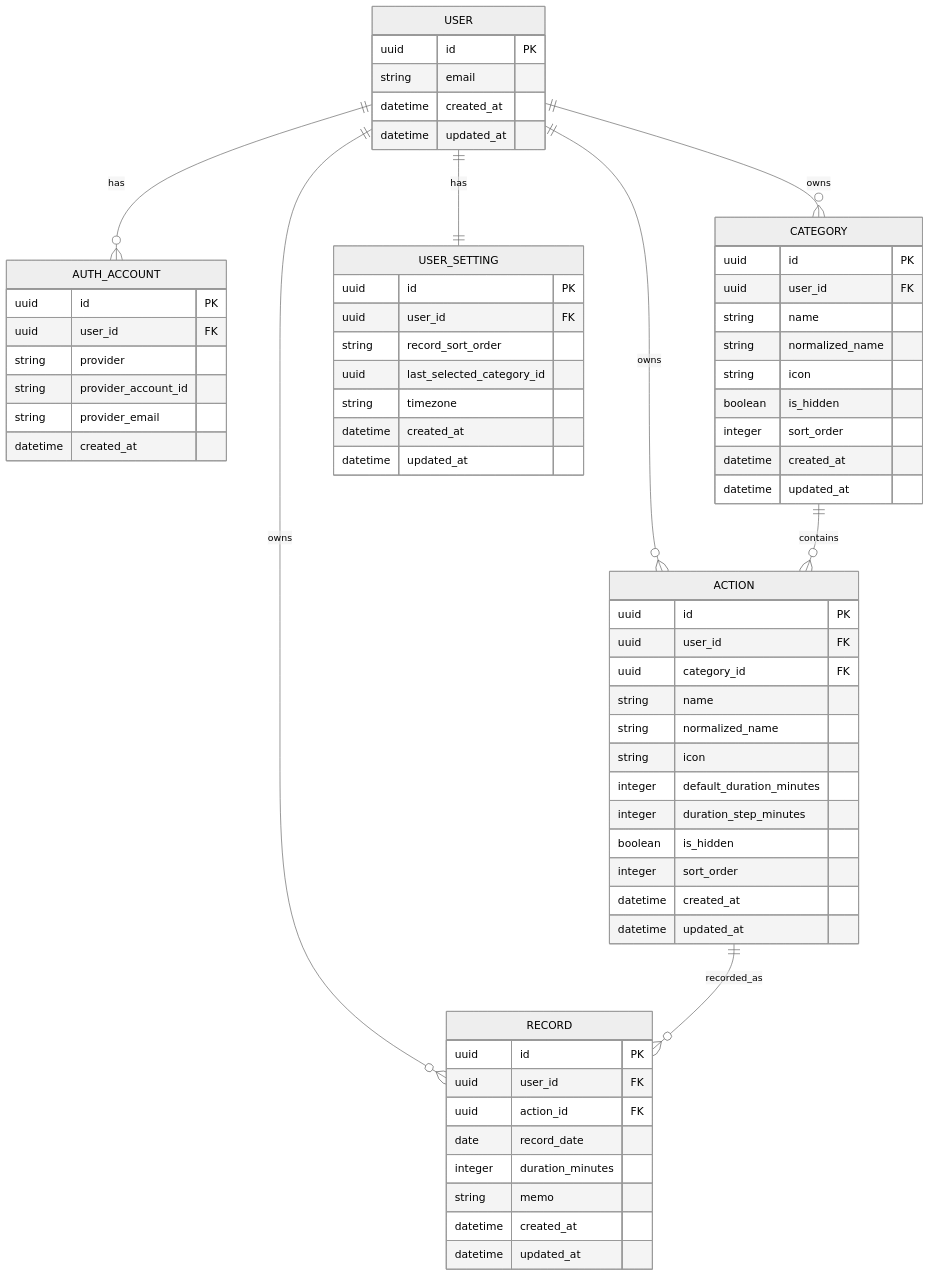
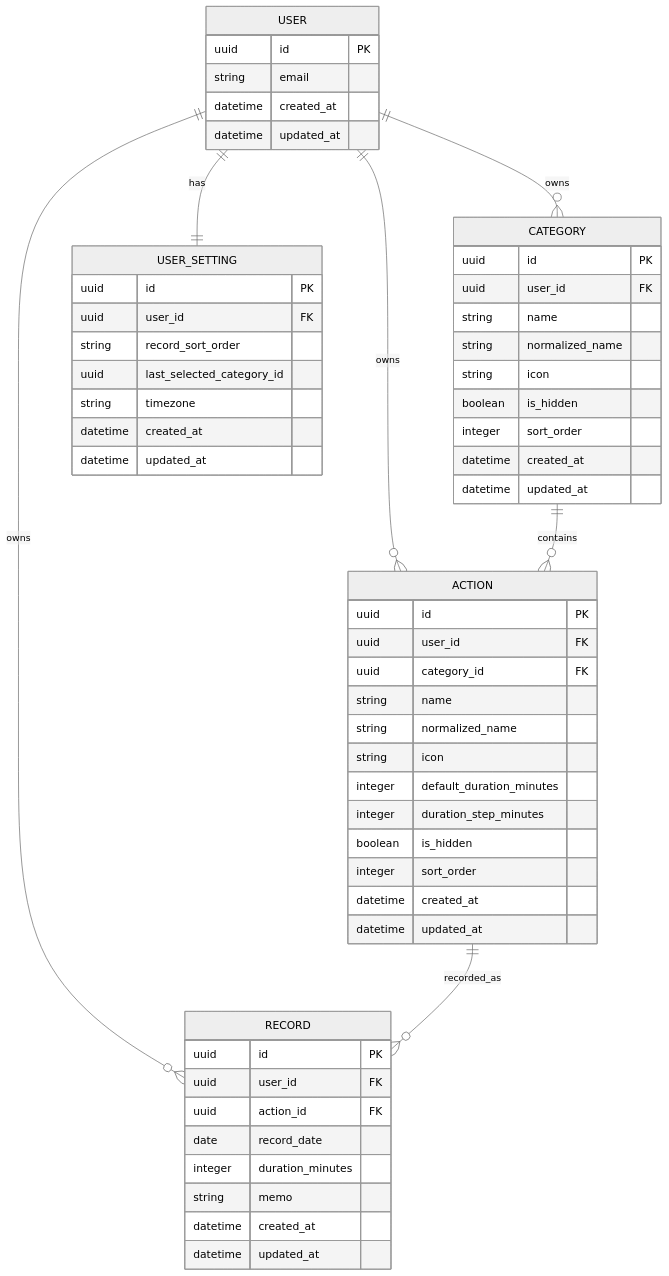
Before and after one commit to hyerrinh/day-tally: the diagram in docs/db-design.md, drawn with Mermaid (neutral theme). The commit also changed other lines of this file and 5 other files, not shown here.

Commit message:
feat: AuthAccount 테이블 삭제, 같은 이메일 계정은 Supabase 자동 연결 사용

````diff
--- a/docs/db-design.md
+++ b/docs/db-design.md
@@ -135,75 +133,65 @@
 ```mermaid
 erDiagram
-    USER ||--o{ AUTH_ACCOUNT : has
     USER ||--o{ CATEGORY : owns
     USER ||--o{ ACTION : owns
     USER ||--o{ RECORD : owns
     USER ||--|| USER_SETTING : has
 
     CATEGORY ||--o{ ACTION : contains
     ACTION ||--o{ RECORD : recorded_as
 
     USER {
         uuid id PK
         string email
         datetime created_at
         datetime updated_at
-    }
-
-    AUTH_ACCOUNT {
-        uuid id PK
-        uuid user_id FK
-        string provider
-        string provider_account_id
-        string provider_email
-        datetime created_at
     }
 
     CATEGORY {
         uuid id PK
         uuid user_id FK
         string name
         string normalized_name
         string icon
         boolean is_hidden
         integer sort_order
         datetime created_at
         datetime updated_at
     }
 
     ACTION {
         uuid id PK
         uuid user_id FK
         uuid category_id FK
         string name
         string normalized_name
         string icon
         integer default_duration_minutes
         integer duration_step_minutes
         boolean is_hidden
         integer sort_order
         datetime created_at
         datetime updated_at
     }
 
     RECORD {
         uuid id PK
         uuid user_id FK
         uuid action_id FK
         date record_date
         integer duration_minutes
         string memo
         datetime created_at
         datetime updated_at
     }
 
     USER_SETTING {
         uuid id PK
         uuid user_id FK
         string record_sort_order
         uuid last_selected_category_id
         string timezone
         datetime created_at
         datetime updated_at
     }
 ```
````
